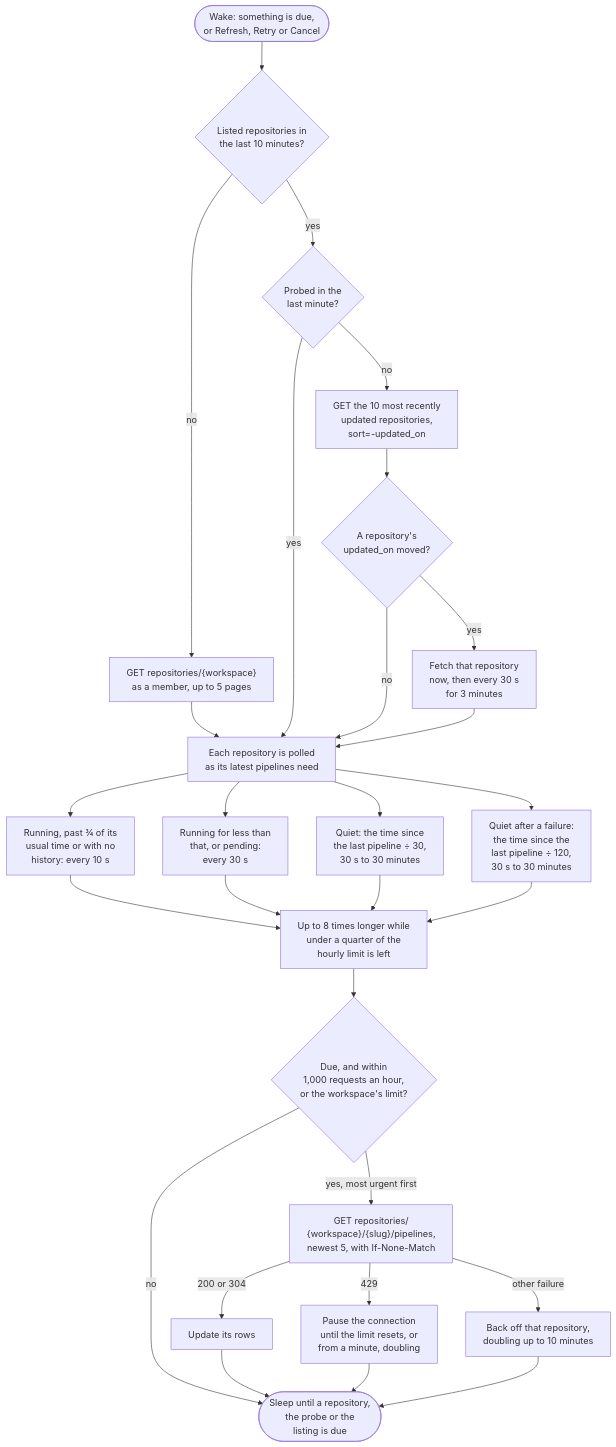
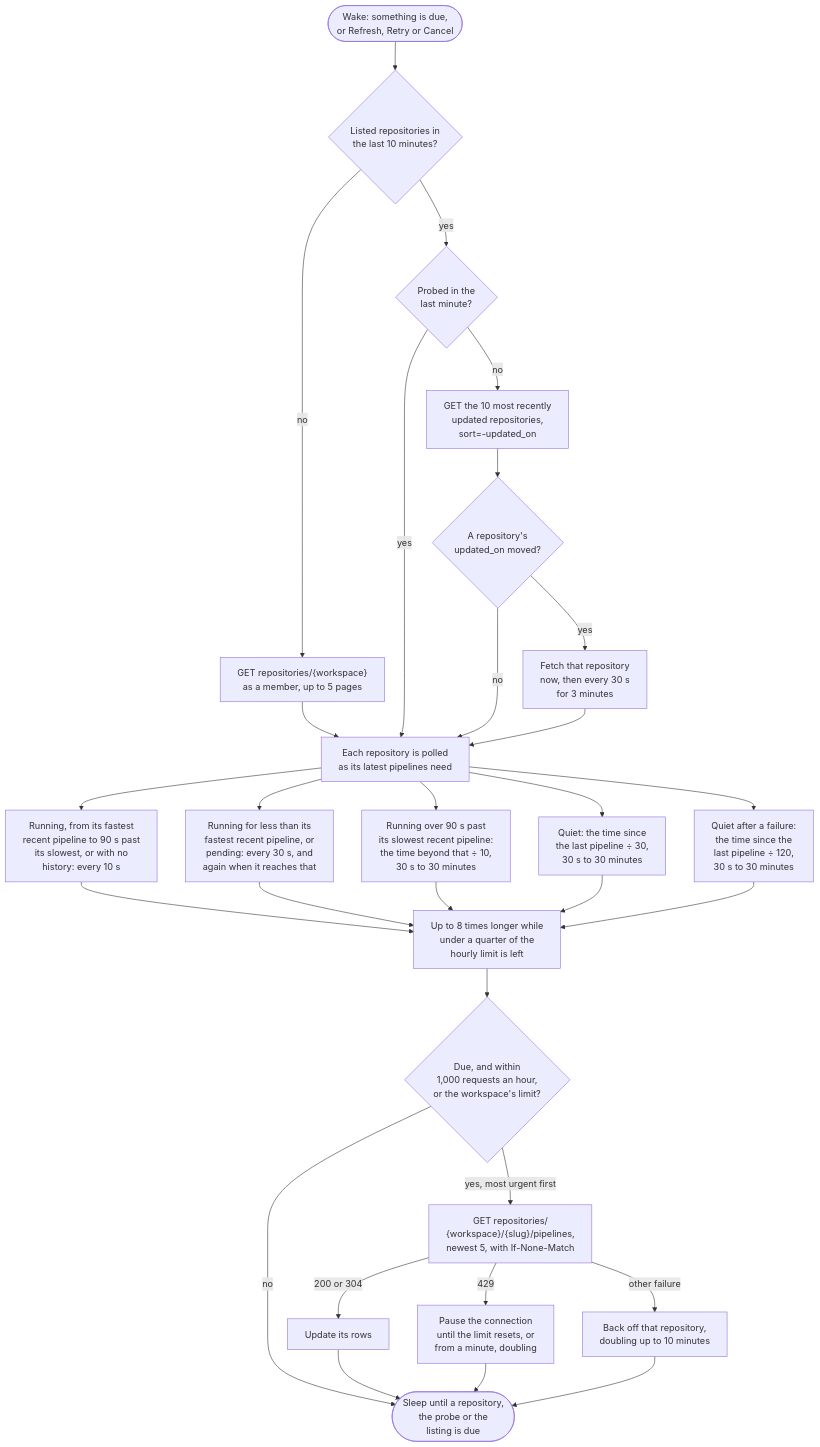
Before and after one commit to SimonCropp/BuildMonitor: the diagram in docs/mdsource/providers/bitbucket.source.md, drawn with Mermaid. The commit also changed 30 other files, not shown here.

First line of the commit message:
Aim the running interval at when a build is expected to finish

````diff
--- a/docs/mdsource/providers/bitbucket.source.md
+++ b/docs/mdsource/providers/bitbucket.source.md
@@ -34,35 +34,37 @@
 ```mermaid
 ---
 config:
   flowchart:
     wrappingWidth: 400
 ---
 flowchart TD
     wake(["Wake: something is due,<br/>or Refresh, Retry or Cancel"]) --> listed{"Listed repositories in<br/>the last 10 minutes?"}
     listed -- "no" --> discover["GET repositories/{workspace}<br/>as a member, up to 5 pages"]
     listed -- "yes" --> probed{"Probed in the<br/>last minute?"}
     probed -- "no" --> probe["GET the 10 most recently<br/>updated repositories,<br/>sort=-updated_on"]
     probe --> moved{"A repository's<br/>updated_on moved?"}
     moved -- "yes" --> nudge["Fetch that repository<br/>now, then every 30 s<br/>for 3 minutes"]
     discover --> interval["Each repository is polled<br/>as its latest pipelines need"]
     probed -- "yes" --> interval
     moved -- "no" --> interval
     nudge --> interval
-    interval --> finishing["Running, past ¾ of its<br/>usual time or with no<br/>history: every 10 s"]
-    interval --> running["Running for less than<br/>that, or pending:<br/>every 30 s"]
+    interval --> finishing["Running, from its fastest<br/>recent pipeline to 90 s past<br/>its slowest, or with no<br/>history: every 10 s"]
+    interval --> running["Running for less than its<br/>fastest recent pipeline, or<br/>pending: every 30 s, and<br/>again when it reaches that"]
+    interval --> overrun["Running over 90 s past<br/>its slowest recent pipeline:<br/>the time beyond that ÷ 10,<br/>30 s to 30 minutes"]
     interval --> quiet["Quiet: the time since<br/>the last pipeline ÷ 30,<br/>30 s to 30 minutes"]
     interval --> failed["Quiet after a failure:<br/>the time since the<br/>last pipeline ÷ 120,<br/>30 s to 30 minutes"]
     finishing --> stretch["Up to 8 times longer while<br/>under a quarter of the<br/>hourly limit is left"]
     running --> stretch
+    overrun --> stretch
     quiet --> stretch
     failed --> stretch
     stretch --> due{"Due, and within<br/>1,000 requests an hour,<br/>or the workspace's limit?"}
     due -- "no" --> sleep(["Sleep until a repository,<br/>the probe or the<br/>listing is due"])
     due -- "yes, most urgent first" --> fetch["GET repositories/<br/>{workspace}/{slug}/pipelines,<br/>newest 5, with If-None-Match"]
     fetch -- "200 or 304" --> rows["Update its rows"]
     fetch -- "429" --> pause["Pause the connection<br/>until the limit resets, or<br/>from a minute, doubling"]
     fetch -- "other failure" --> backoff["Back off that repository,<br/>doubling up to 10 minutes"]
     rows --> sleep
     pause --> sleep
     backoff --> sleep
 ```
````
